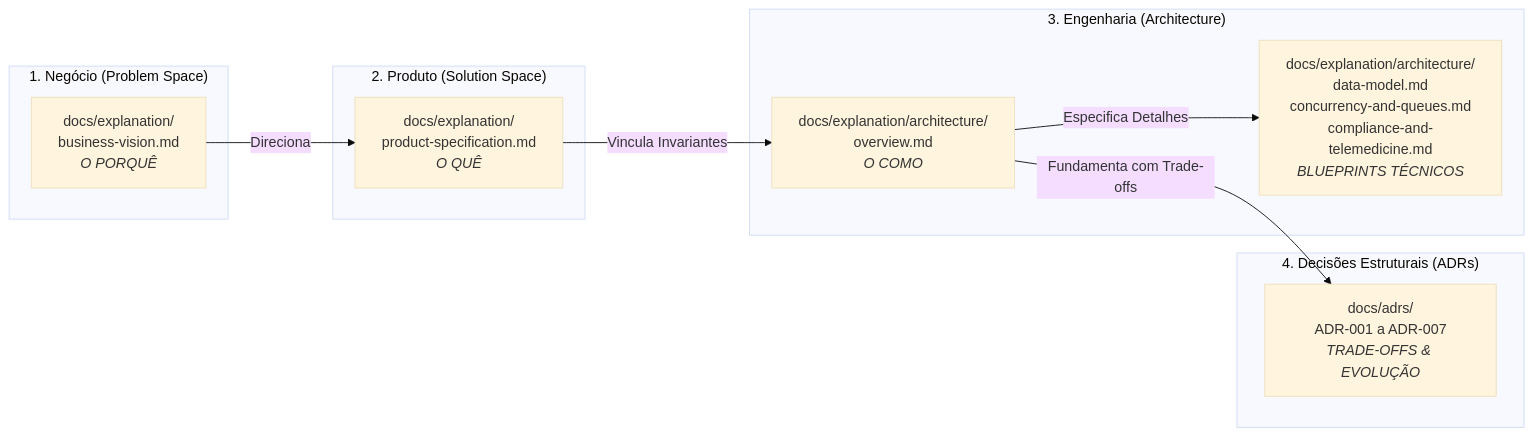
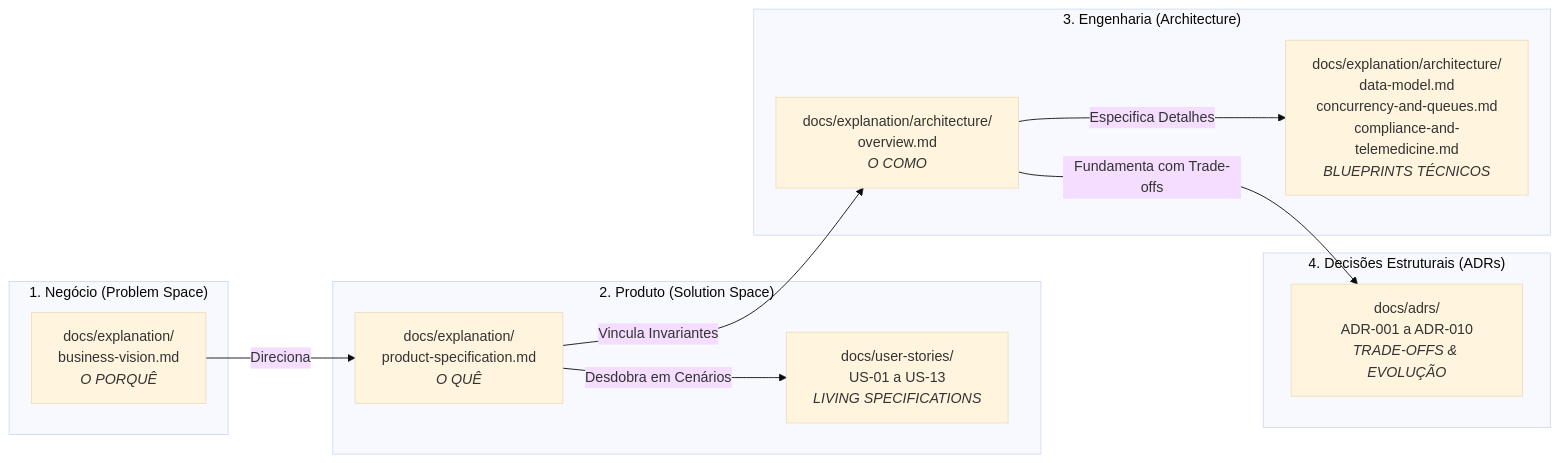
The diagram in docs/README.md (Rafaelp122/medisync), drawn with Mermaid (base theme) before and after one commit. The commit also changed other lines of this file and 68 other files, not shown here.

````diff
--- a/docs/README.md
+++ b/docs/README.md
@@ -7,24 +7,26 @@
 ```mermaid
 flowchart LR
     subgraph P1["1. Negócio (Problem Space)"]
         BV["docs/explanation/<br/>business-vision.md<br/><i>O PORQUÊ</i>"]
     end
 
     subgraph P2["2. Produto (Solution Space)"]
         SP["docs/explanation/<br/>product-specification.md<br/><i>O QUÊ</i>"]
+        US["docs/user-stories/<br/>US-01 a US-13<br/><i>LIVING SPECIFICATIONS</i>"]
     end
 
     subgraph P3["3. Engenharia (Architecture)"]
         AR["docs/explanation/architecture/<br/>overview.md<br/><i>O COMO</i>"]
         BM["docs/explanation/architecture/<br/>data-model.md<br/>concurrency-and-queues.md<br/>compliance-and-telemedicine.md<br/><i>BLUEPRINTS TÉCNICOS</i>"]
     end
 
     subgraph P4["4. Decisões Estruturais (ADRs)"]
-        ADR["docs/adrs/<br/>ADR-001 a ADR-007<br/><i>TRADE-OFFS & EVOLUÇÃO</i>"]
+        ADR["docs/adrs/<br/>ADR-001 a ADR-010<br/><i>TRADE-OFFS & EVOLUÇÃO</i>"]
     end
 
     BV -->|Direciona| SP
+    SP -->|Desdobra em Cenários| US
     SP -->|Vincula Invariantes| AR
     AR -->|Especifica Detalhes| BM
     AR -->|Fundamenta com Trade-offs| ADR
 ```
````
